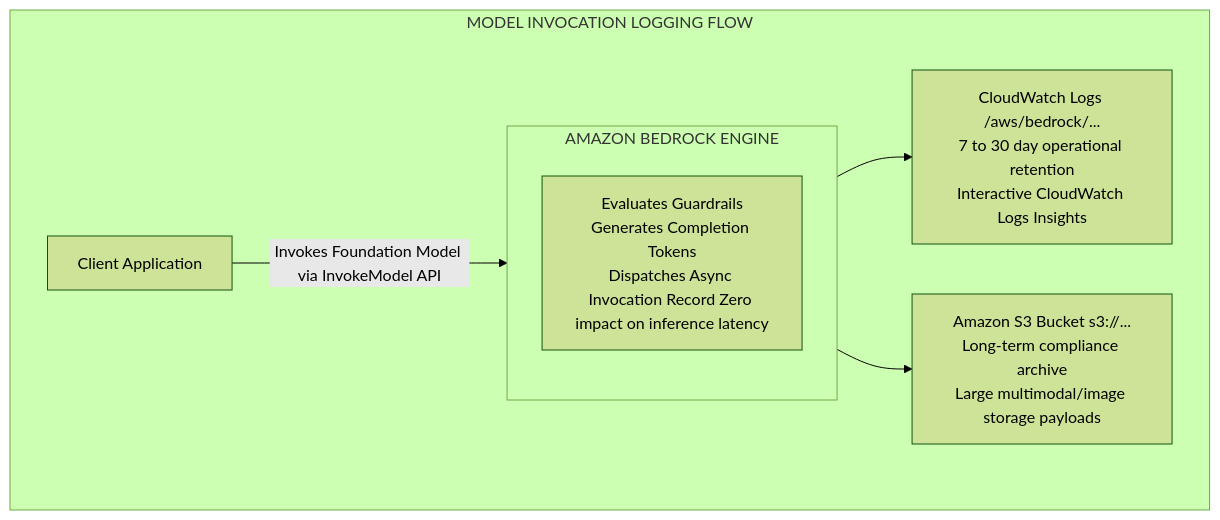
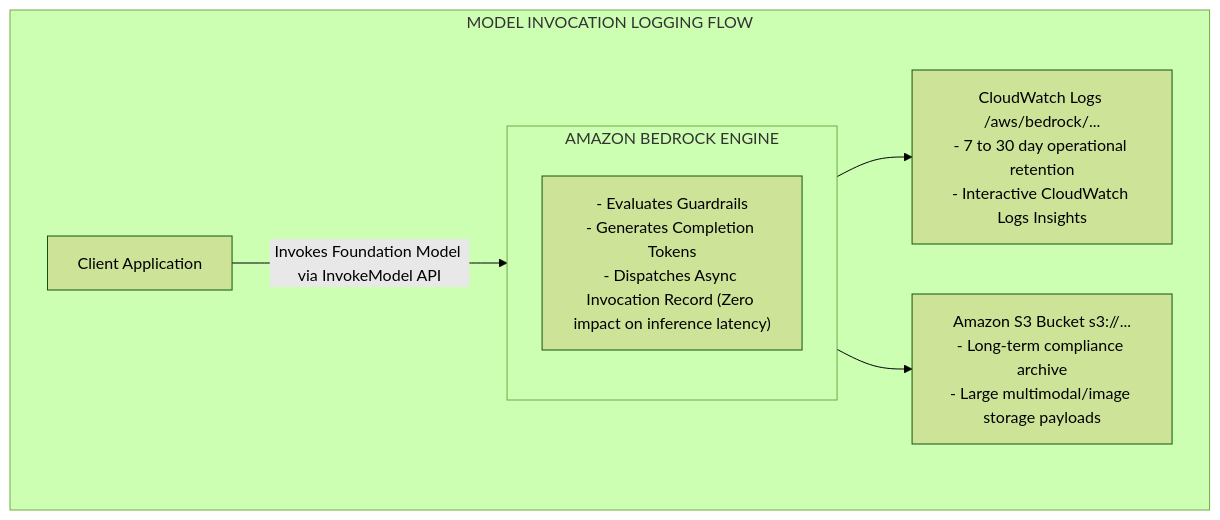
One commit to rensaputra/aws-docs changed the second of 3 diagrams in docs/ai-practitioner/section-3-bedrock-generative-ai/cloudwatch-integration.mdx. Above: the diagram before and after it, drawn with Mermaid (forest theme). The commit also changed other lines of this file and 9 other files, not shown here.

````diff
--- a/docs/ai-practitioner/section-3-bedrock-generative-ai/cloudwatch-integration.mdx
+++ b/docs/ai-practitioner/section-3-bedrock-generative-ai/cloudwatch-integration.mdx
@@ -50,17 +50,17 @@
 ```mermaid
 graph TD
     subgraph Flow[MODEL INVOCATION LOGGING FLOW]
         Client[Client Application]
 
         subgraph Engine[AMAZON BEDROCK ENGINE]
-            Steps[Evaluates Guardrails<br/>Generates Completion Tokens<br/>Dispatches Async Invocation Record Zero impact on inference latency]
+            Steps["- Evaluates Guardrails<br/>- Generates Completion Tokens<br/>- Dispatches Async Invocation Record (Zero impact on inference latency)"]
         end
 
-        CWLogs[CloudWatch Logs /aws/bedrock/...<br/>7 to 30 day operational retention<br/>Interactive CloudWatch Logs Insights]
-        S3[Amazon S3 Bucket s3://...<br/>Long-term compliance archive<br/>Large multimodal/image storage payloads]
+        CWLogs[CloudWatch Logs /aws/bedrock/...<br/>- 7 to 30 day operational retention<br/>- Interactive CloudWatch Logs Insights]
+        S3[Amazon S3 Bucket s3://...<br/>- Long-term compliance archive<br/>- Large multimodal/image storage payloads]
 
         Client -->|Invokes Foundation Model via InvokeModel API| Engine
         Engine --> CWLogs
         Engine --> S3
     end
 ```
````
